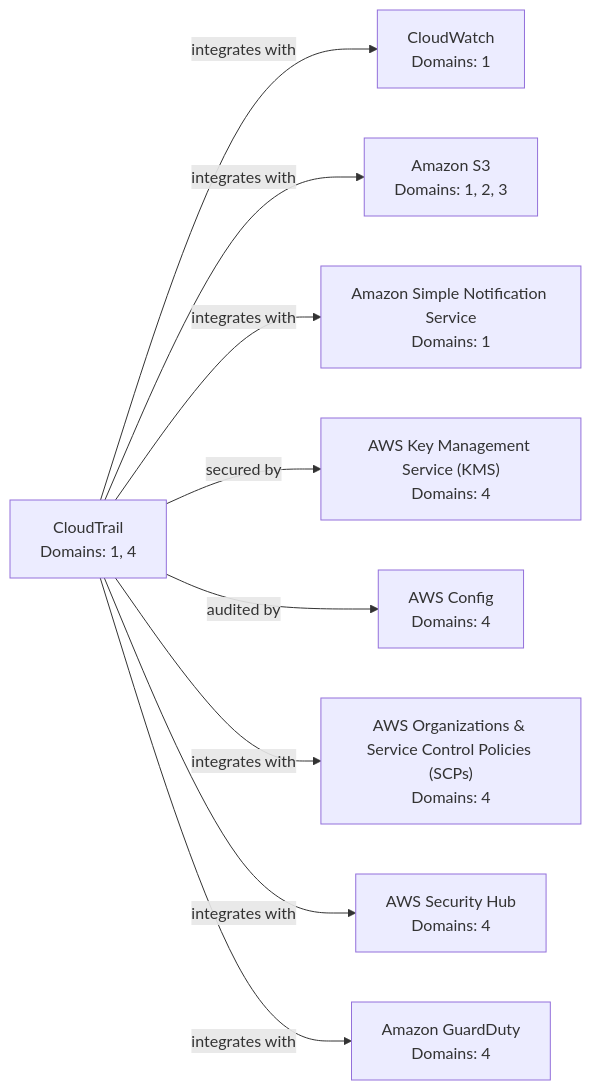
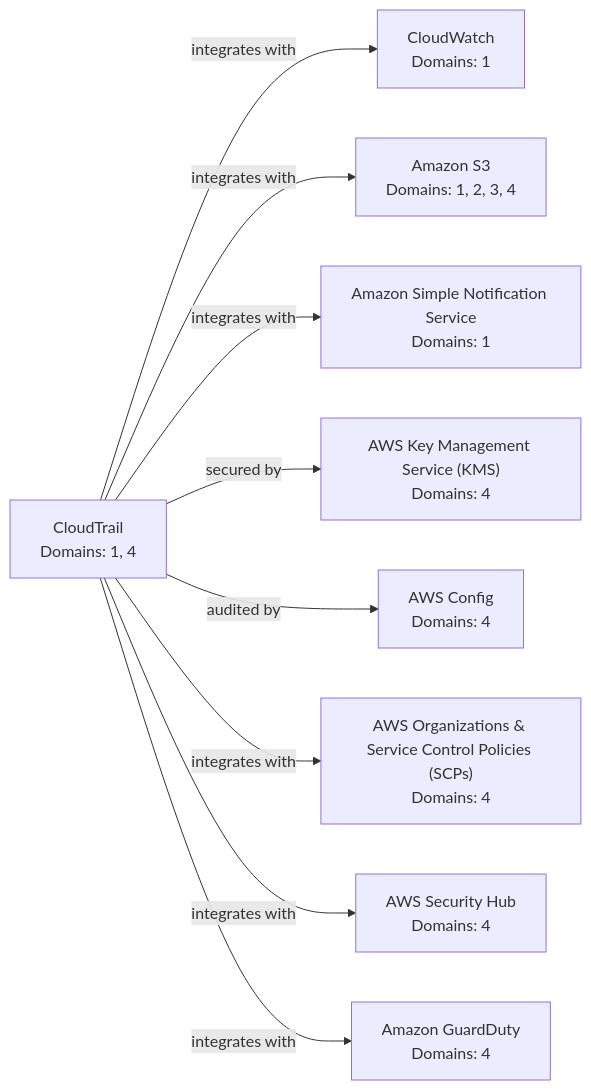
One commit to Dakad/aws-certs-study changed the second of 4 diagrams in aws-cloudops/knowledge/relationships/service-graph.md. Above: the diagram before and after it, drawn with Mermaid. The commit also changed other lines of this file and 13 other files, not shown here.

````diff
--- a/aws-cloudops/knowledge/relationships/service-graph.md
+++ b/aws-cloudops/knowledge/relationships/service-graph.md
@@ -49,20 +49,20 @@
 ```mermaid
 flowchart LR
   node_cloudtrail["CloudTrail<br/>Domains: 1, 4"]
   node_cloudwatch["CloudWatch<br/>Domains: 1"]
   node_config["AWS Config<br/>Domains: 4"]
   node_guardduty["Amazon GuardDuty<br/>Domains: 4"]
   node_kms["AWS Key Management Service (KMS)<br/>Domains: 4"]
   node_organizations["AWS Organizations &amp; Service Control Policies (SCPs)<br/>Domains: 4"]
-  node_s3["Amazon S3<br/>Domains: 1, 2, 3"]
+  node_s3["Amazon S3<br/>Domains: 1, 2, 3, 4"]
   node_securityhub["AWS Security Hub<br/>Domains: 4"]
   node_sns["Amazon Simple Notification Service<br/>Domains: 1"]
   node_cloudtrail -->|integrates with| node_cloudwatch
   node_cloudtrail -->|integrates with| node_s3
   node_cloudtrail -->|integrates with| node_sns
   node_cloudtrail -->|secured by| node_kms
   node_cloudtrail -->|audited by| node_config
   node_cloudtrail -->|integrates with| node_organizations
   node_cloudtrail -->|integrates with| node_securityhub
   node_cloudtrail -->|integrates with| node_guardduty
 ```
````
